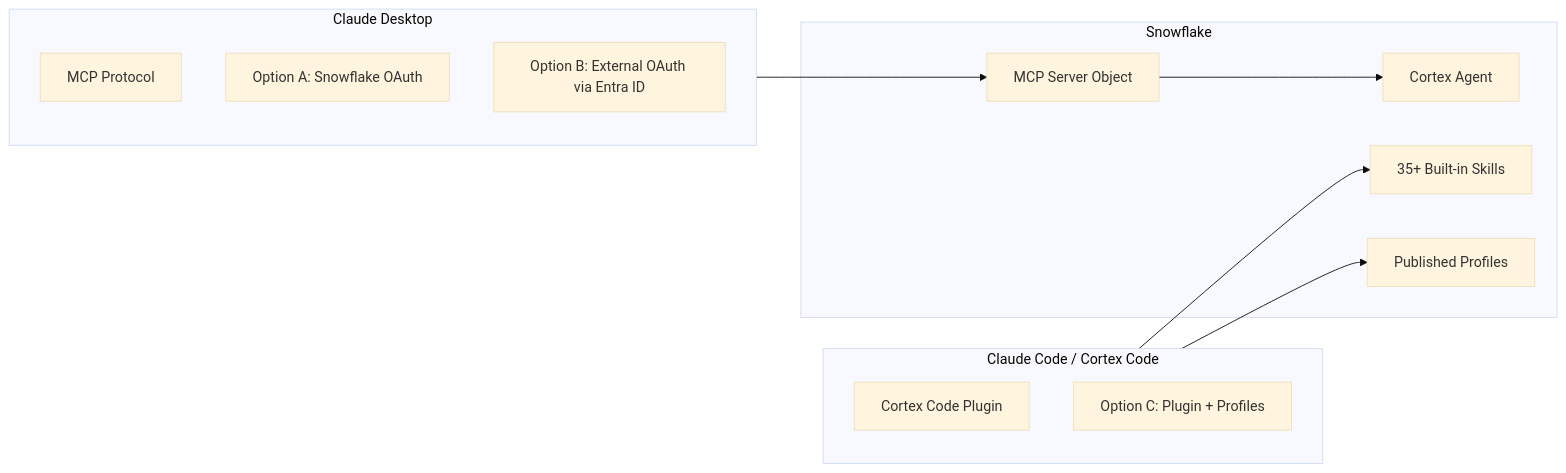
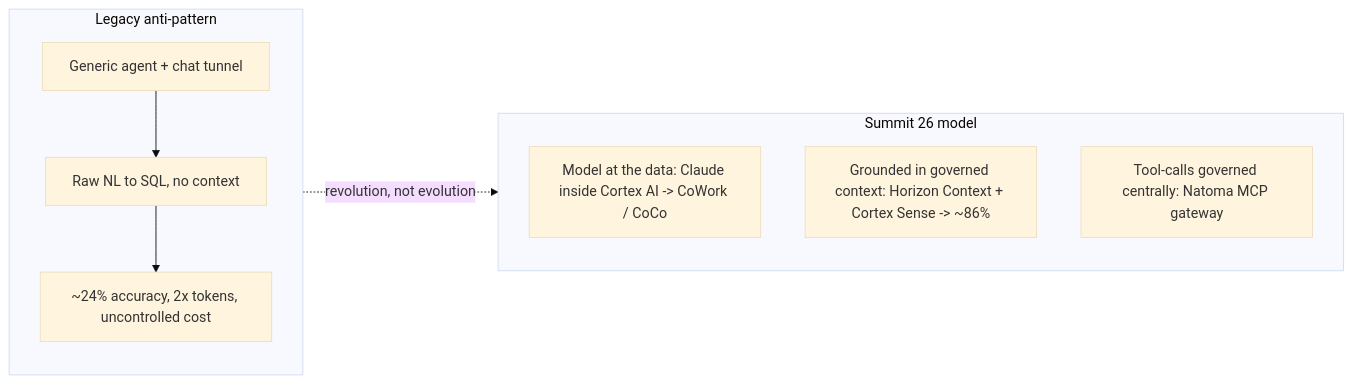
The first of 2 diagrams in guide-connecting-claude-snowflake/README.md (sfc-gh-miwhitaker/sfe-public), drawn with Mermaid (base theme) before and after one commit. The commit also changed other lines of this file and 6 other files, not shown here.

Commit message:
docs(guide-connecting-claude-snowflake): rebuild guide post-Summit 26 around context over connection

````diff
--- a/guide-connecting-claude-snowflake/README.md
+++ b/guide-connecting-claude-snowflake/README.md
@@ -19,27 +49,17 @@
 ```mermaid
 flowchart LR
-    subgraph desktop [Claude Desktop]
+    subgraph legacy [Legacy anti-pattern]
         direction TB
-        MCP["MCP Protocol"]
-        OptionA["Option A: Snowflake OAuth"]
-        OptionB["Option B: External OAuth via Entra ID"]
+        L1["Generic agent + chat tunnel"] --> L2["Raw NL to SQL, no context"]
+        L2 --> L3["~24% accuracy, 2x tokens, uncontrolled cost"]
     end
 
-    subgraph code [Claude Code / Cortex Code]
+    subgraph rev [Summit 26 model]
         direction TB
-        Plugin["Cortex Code Plugin"]
-        OptionC["Option C: Plugin + Profiles"]
+        R1["Model at the data: Claude inside Cortex AI -> CoWork / CoCo"]
+        R2["Grounded in governed context: Horizon Context + Cortex Sense -> ~86%"]
+        R3["Tool-calls governed centrally: Natoma MCP gateway"]
     end
 
-    subgraph sf [Snowflake]
-        MCPServer["MCP Server Object"]
-        Agent["Cortex Agent"]
-        Skills["35+ Built-in Skills"]
-        Profiles["Published Profiles"]
-    end
-
-    MCP --> MCPServer
-    MCPServer --> Agent
-    Plugin --> Skills
-    Plugin --> Profiles
+    legacy -.->|"revolution, not evolution"| rev
 ```
````
